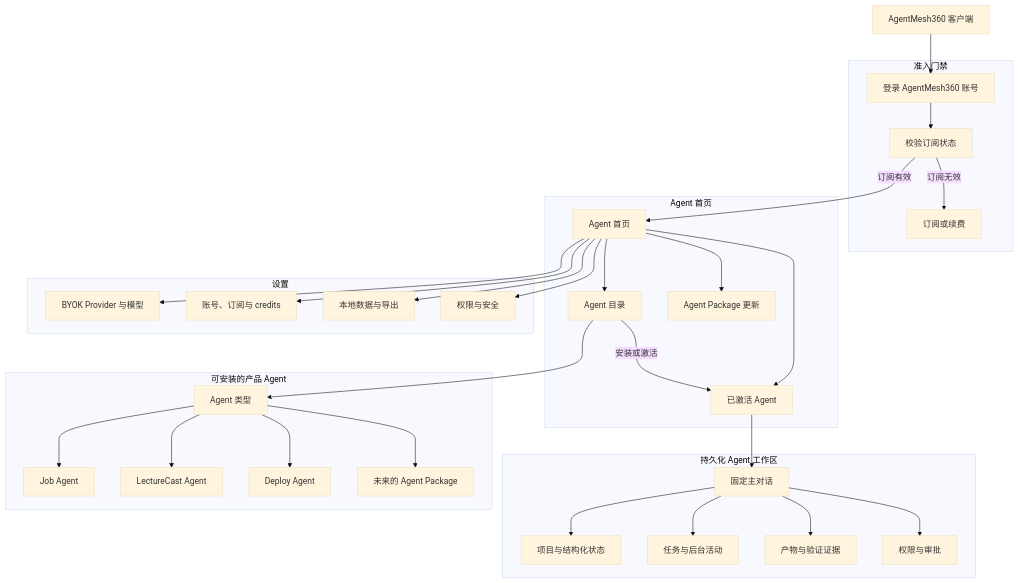
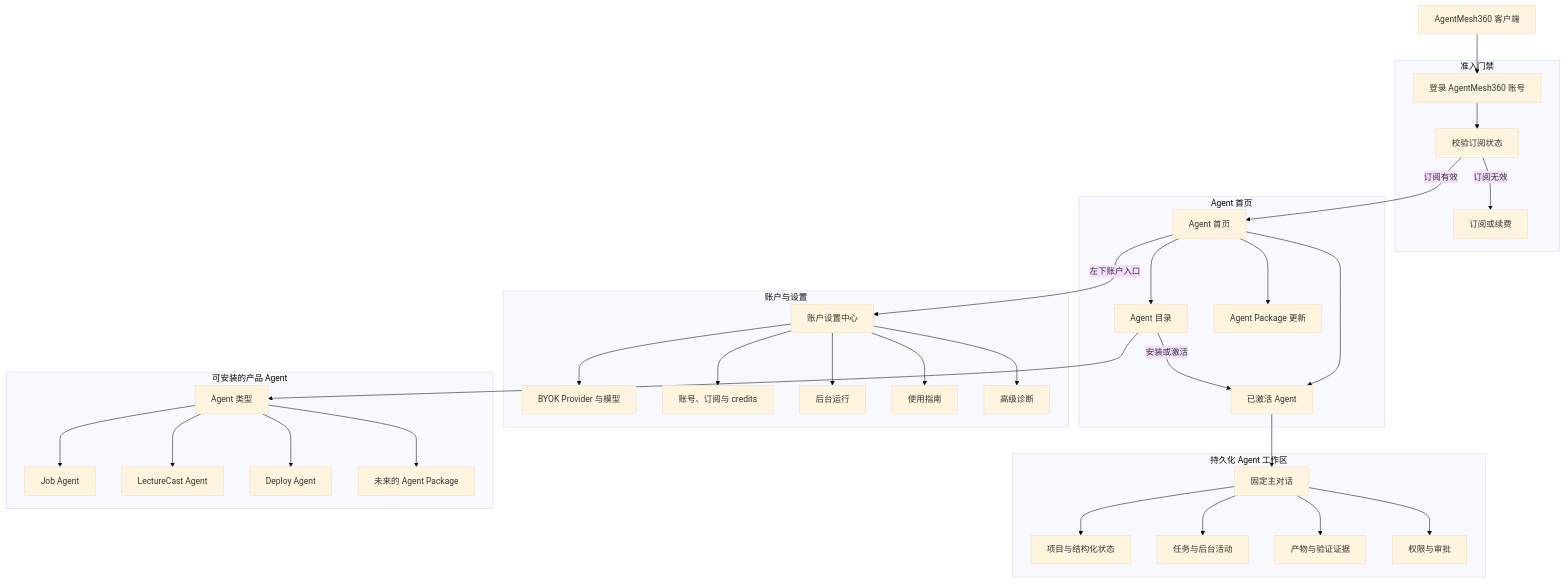
Before and after one commit to jiyangnan/AgentMesh360-Client: the first of 8 diagrams in docs/architecture/PRODUCT_BLUEPRINT.md, drawn with Mermaid (base theme). The commit also changed other lines of this file and 17 other files, not shown here.

Commit message:
feat: consolidate account settings navigation

````diff
--- a/docs/architecture/PRODUCT_BLUEPRINT.md
+++ b/docs/architecture/PRODUCT_BLUEPRINT.md
@@ -80,63 +82,67 @@
 ```mermaid
 flowchart TB
     CLIENT["AgentMesh360 客户端"]
 
     subgraph ENTRY["准入门禁"]
         LOGIN["登录 AgentMesh360 账号"]
         ENTITLEMENT["校验订阅状态"]
         PAYWALL["订阅或续费"]
     end
 
     subgraph HOME["Agent 首页"]
         HOME_NAV["Agent 首页"]
         CATALOG["Agent 目录"]
         ACTIVE["已激活 Agent"]
         UPDATES["Agent Package 更新"]
     end
 
     subgraph WORKSPACE["持久化 Agent 工作区"]
         MAIN["固定主对话"]
         PROJECTS["项目与结构化状态"]
         TASKS["任务与后台活动"]
         ARTIFACTS["产物与验证证据"]
         APPROVALS["权限与审批"]
     end
 
-    subgraph SETTINGS["设置"]
+    subgraph SETTINGS["账户与设置"]
+        SETTINGS_CENTER["账户设置中心"]
         PROVIDERS["BYOK Provider 与模型"]
         ACCOUNT["账号、订阅与 credits"]
-        DATA["本地数据与导出"]
-        SECURITY["权限与安全"]
+        BACKGROUND["后台运行"]
+        GUIDE["使用指南"]
+        DIAGNOSTICS["高级诊断"]
     end
 
     subgraph AGENTS["可安装的产品 Agent"]
         TYPES["Agent 类型"]
         JOB["Job Agent"]
         LECTURE["LectureCast Agent"]
         DEPLOY["Deploy Agent"]
         FUTURE["未来的 Agent Package"]
     end
 
     CLIENT --> LOGIN
     LOGIN --> ENTITLEMENT
     ENTITLEMENT -->|"订阅无效"| PAYWALL
     ENTITLEMENT -->|"订阅有效"| HOME_NAV
     HOME_NAV --> CATALOG
     HOME_NAV --> ACTIVE
     HOME_NAV --> UPDATES
-    HOME_NAV --> PROVIDERS
-    HOME_NAV --> ACCOUNT
-    HOME_NAV --> DATA
-    HOME_NAV --> SECURITY
+    HOME_NAV -->|"左下账户入口"| SETTINGS_CENTER
+    SETTINGS_CENTER --> ACCOUNT
+    SETTINGS_CENTER --> PROVIDERS
+    SETTINGS_CENTER --> BACKGROUND
+    SETTINGS_CENTER --> GUIDE
+    SETTINGS_CENTER --> DIAGNOSTICS
     CATALOG --> TYPES
     TYPES --> JOB
     TYPES --> LECTURE
     TYPES --> DEPLOY
     TYPES --> FUTURE
     CATALOG -->|"安装或激活"| ACTIVE
     ACTIVE --> MAIN
     MAIN --> PROJECTS
     MAIN --> TASKS
     MAIN --> ARTIFACTS
     MAIN --> APPROVALS
 ```
````
